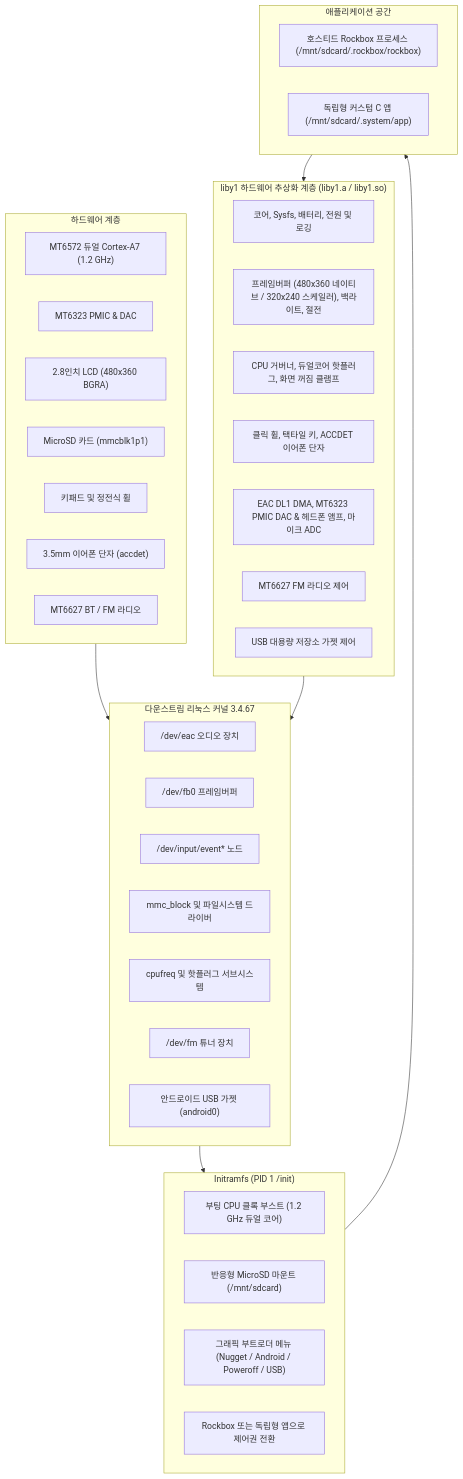
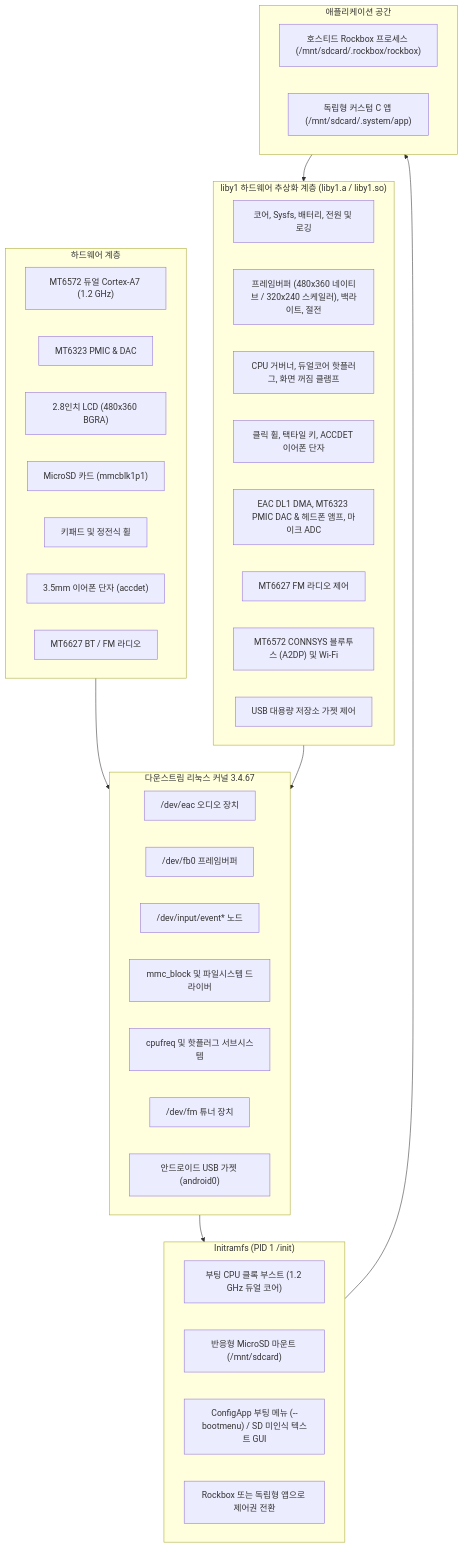
One commit to y1-community/nugget-y1-mirror changed the first of 2 diagrams in docs/kr/ARCHITECTURE.md. Above: the diagram before and after it, drawn with Mermaid. The commit also changed other lines of this file and 581 other files, not shown here.

````diff
--- a/docs/kr/ARCHITECTURE.md
+++ b/docs/kr/ARCHITECTURE.md
@@ -11,50 +11,51 @@
 ```mermaid
 flowchart TD
     subgraph HW["하드웨어 계층"]
         CPU["MT6572 듀얼 Cortex-A7 (1.2 GHz)"]
         PMIC["MT6323 PMIC & DAC"]
         LCD["2.8인치 LCD (480x360 BGRA)"]
         SD["MicroSD 카드 (mmcblk1p1)"]
         BTN["키패드 및 정전식 휠"]
         JACK["3.5mm 이어폰 단자 (accdet)"]
         WIFI_BT["MT6627 BT / FM 라디오"]
     end
 
     subgraph KERNEL["다운스트림 리눅스 커널 3.4.67"]
         K_EAC["/dev/eac 오디오 장치"]
         K_FB["/dev/fb0 프레임버퍼"]
         K_EV["/dev/input/event* 노드"]
         K_MMC["mmc_block 및 파일시스템 드라이버"]
         K_CPU["cpufreq 및 핫플러그 서브시스템"]
         K_FM["/dev/fm 튜너 장치"]
         K_USB["안드로이드 USB 가젯 (android0)"]
     end
 
     subgraph INITRAMFS["Initramfs (PID 1 /init)"]
         INIT_BOOST["부팅 CPU 클록 부스트 (1.2 GHz 듀얼 코어)"]
         INIT_STORAGE["반응형 MicroSD 마운트 (/mnt/sdcard)"]
-        INIT_MENU["그래픽 부트로더 메뉴 (Nugget / Android / Poweroff / USB)"]
+        INIT_MENU["ConfigApp 부팅 메뉴 (--bootmenu) / SD 미인식 텍스트 GUI"]
         INIT_EXEC["Rockbox 또는 독립형 앱으로 제어권 전환"]
     end
 
     subgraph LIBY1["liby1 하드웨어 추상화 계층 (liby1.a / liby1.so)"]
         Y1_CORE["코어, Sysfs, 배터리, 전원 및 로깅"]
         Y1_DISP["프레임버퍼 (480x360 네이티브 / 320x240 스케일러), 백라이트, 절전"]
         Y1_CPU["CPU 거버너, 듀얼코어 핫플러그, 화면 꺼짐 클램프"]
         Y1_INP["클릭 휠, 택타일 키, ACCDET 이어폰 단자"]
         Y1_AUDIO["EAC DL1 DMA, MT6323 PMIC DAC & 헤드폰 앰프, 마이크 ADC"]
         Y1_TUNER["MT6627 FM 라디오 제어"]
+        Y1_BT_WIFI["MT6572 CONNSYS 블루투스 (A2DP) 및 Wi-Fi"]
         Y1_USB["USB 대용량 저장소 가젯 제어"]
     end
 
     subgraph APPS["애플리케이션 공간"]
         RB["호스티드 Rockbox 프로세스 (/mnt/sdcard/.rockbox/rockbox)"]
         CUSTOM_APP["독립형 커스텀 C 앱 (/mnt/sdcard/.system/app)"]
     end
 
     HW --> KERNEL
     KERNEL --> INITRAMFS
     INITRAMFS --> APPS
     APPS --> LIBY1
     LIBY1 --> KERNEL
 ```
````
